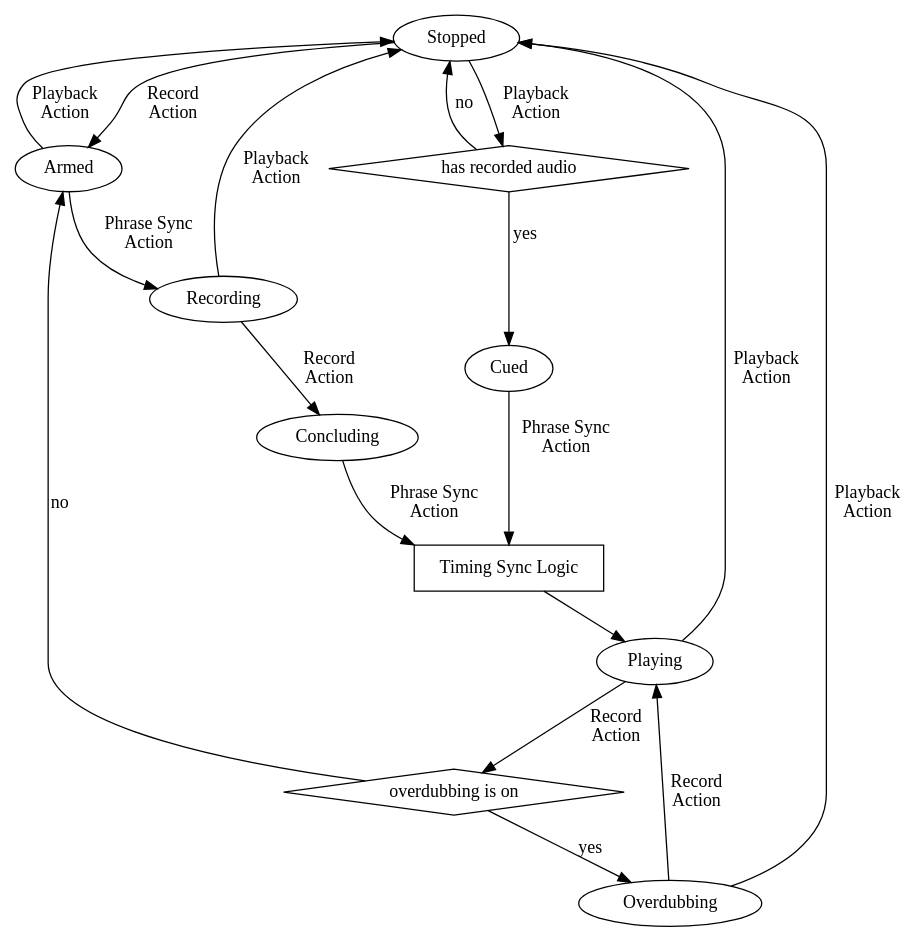
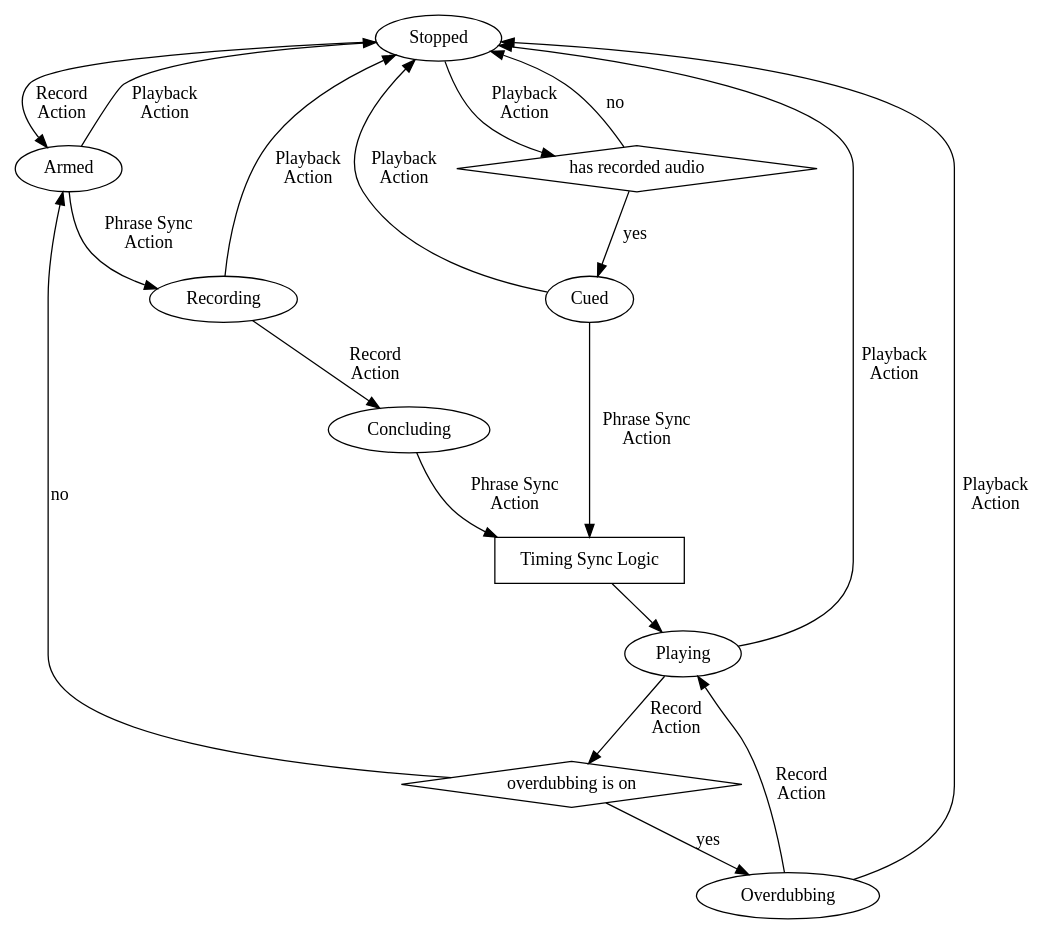
Before and after one commit to rumblesan/glacier: the diagram in diagrams/buffer-control-fsm.dot, drawn with Graphviz. The commit also changed 6 other files, not shown here.

```diff
--- a/diagrams/buffer-control-fsm.dot
+++ b/diagrams/buffer-control-fsm.dot
@@ -1,37 +1,38 @@
 digraph G {
 
   Stopped [ shape="oval" ];
   Armed [ shape="oval" ];
   hasAudio [ label="has recorded audio", shape="diamond" ];
   Cued [ shape="oval" ];
   playSyncLogic [ label="Timing Sync Logic", shape="box" ];
   Recording [ shape="oval" ];
   Concluding [ shape="oval" ];
   Playing [ shape="oval" ];
   overdubActive [ label="overdubbing is on", shape="diamond" ];
   Overdubbing [ shape="oval" ];
 
   Stopped -> Armed [ label="Record\nAction" ];
   Stopped -> hasAudio [ label="Playback\nAction" ];
   hasAudio -> Stopped [ label="no" ];
   hasAudio -> Cued [ label="yes" ];
 
   Cued -> playSyncLogic [ label="Phrase Sync\nAction" ];
   playSyncLogic -> Playing;
+  Cued -> Stopped [ label="Playback\nAction" ];
 
   Armed -> Stopped [ label="Playback\nAction" ];
   Armed -> Recording [ label="Phrase Sync\nAction" ];
 
   Recording -> Stopped [ label="Playback\nAction" ];
   Recording -> Concluding [ label="Record\nAction" ];
   Concluding -> playSyncLogic [ label="Phrase Sync\nAction" ];
 
   Playing -> Stopped [ label="Playback\nAction" ];
   Playing -> overdubActive [ label="Record\nAction" ];
   overdubActive -> Armed [ label="no" ];
   overdubActive -> Overdubbing [ label="yes" ];
 
   Overdubbing -> Stopped [ label="Playback\nAction" ];
   Overdubbing -> Playing [ label="Record\nAction" ];
 
 }
```
